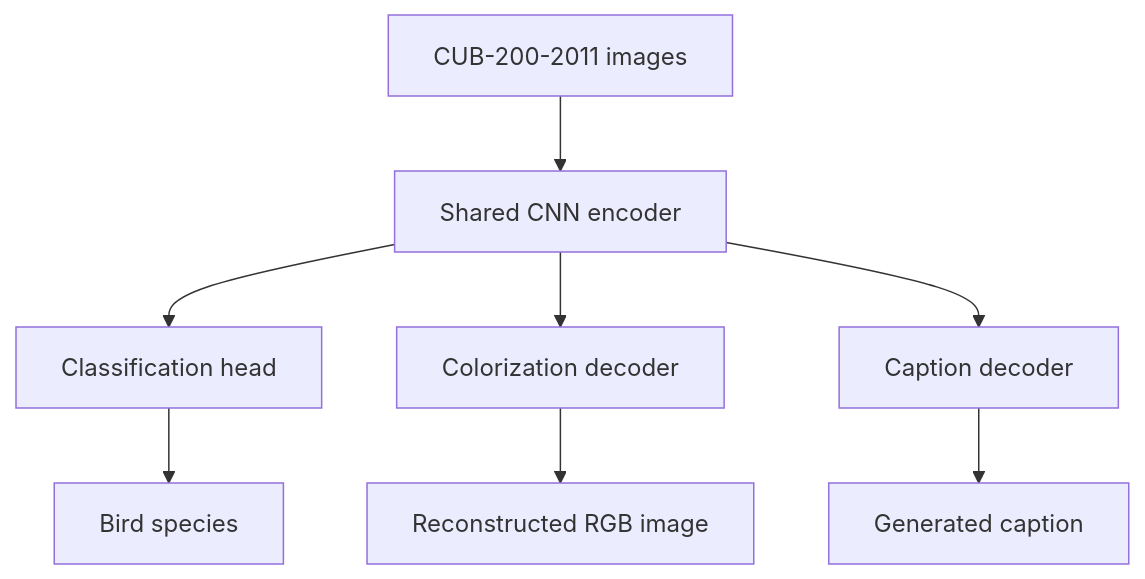
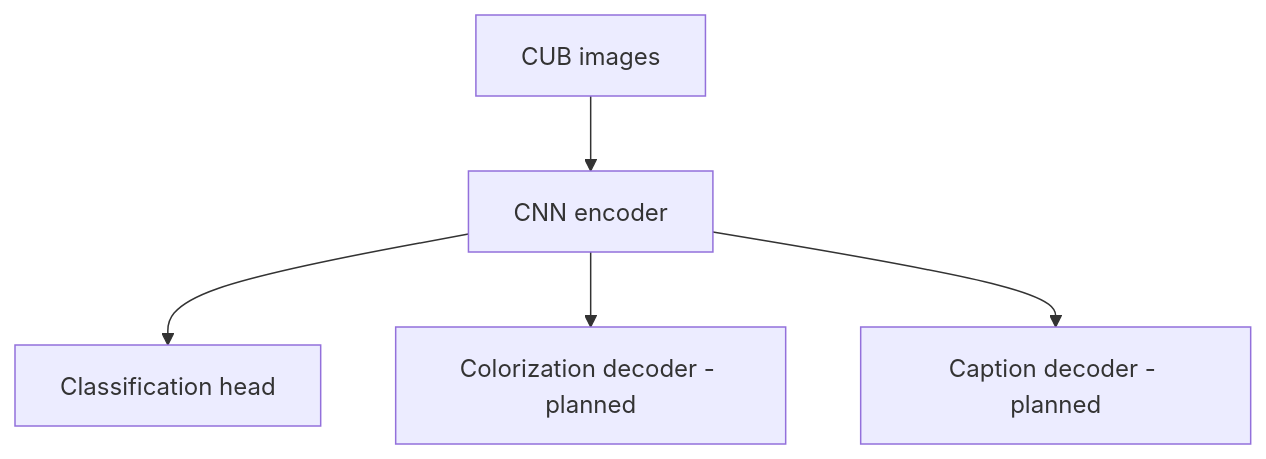
Before and after one commit to AnonyBOSS/featherlens-pixels-to-language: the diagram in README.md, drawn with Mermaid. The commit also changed other lines of this file and 31 other files, not shown here.

````diff
--- a/README.md
+++ b/README.md
@@ -21,10 +145,7 @@
 ```mermaid
 flowchart TD
-    A["CUB-200-2011 images"] --> B["Shared CNN encoder"]
+    A["CUB images"] --> B["CNN encoder"]
     B --> C["Classification head"]
-    B --> D["Colorization decoder"]
-    B --> E["Caption decoder"]
-    C --> F["Bird species"]
-    D --> G["Reconstructed RGB image"]
-    E --> H["Generated caption"]
+    B --> D["Colorization decoder - planned"]
+    B --> E["Caption decoder - planned"]
 ```
````
